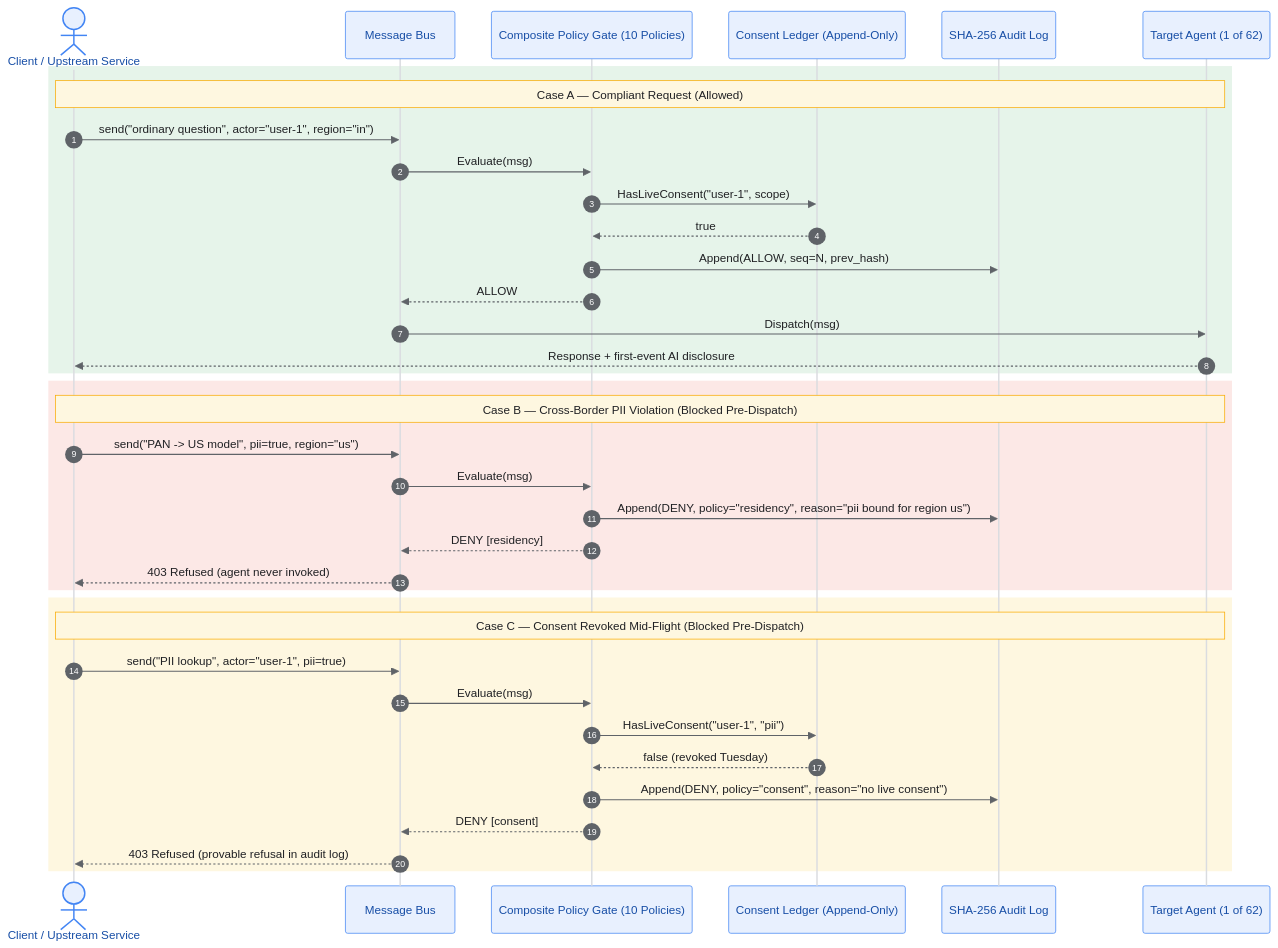
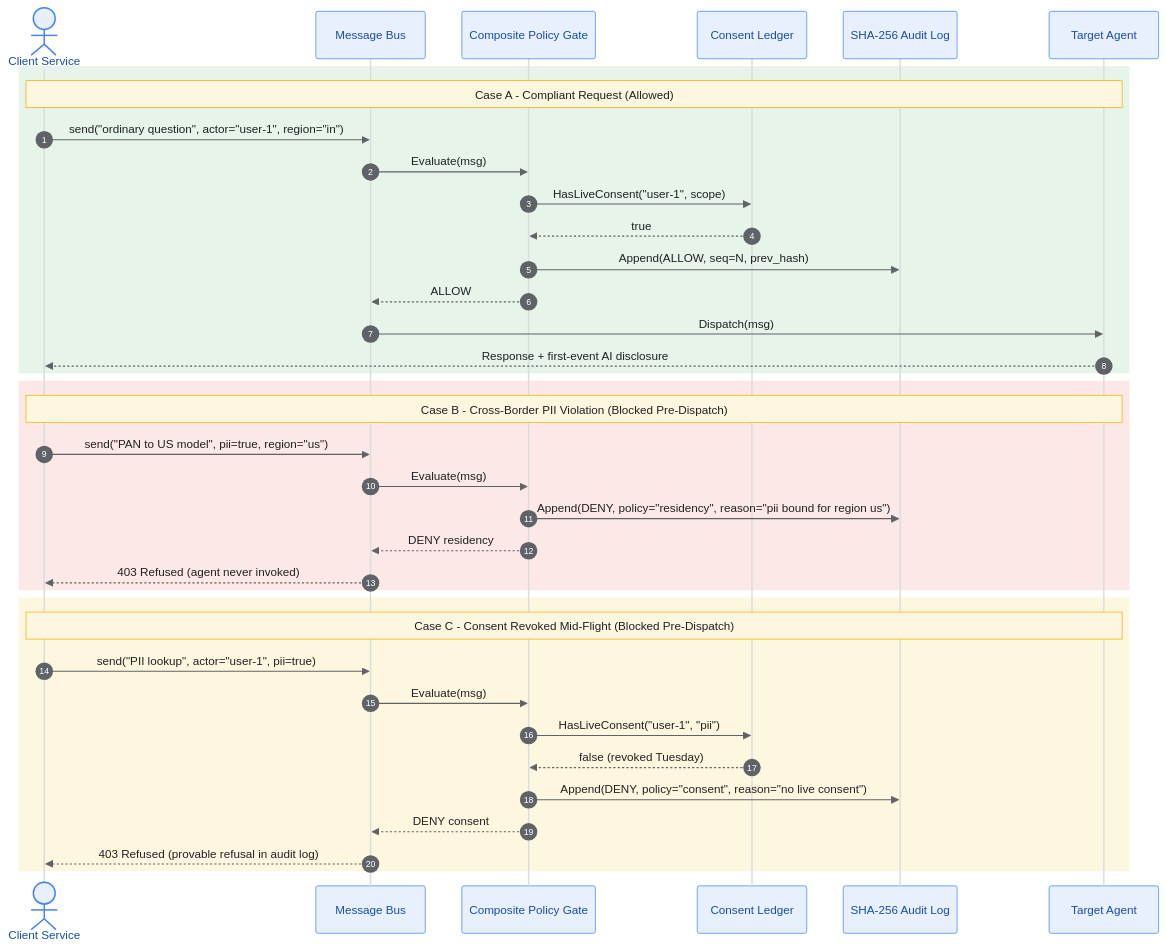
One commit to PratikDhanave/Build-For-RBI-Inherit-The-EU-AI-Act changed the third of 6 diagrams in README.md. Above: the diagram before and after it, drawn with Mermaid. The commit also changed other lines of this file and 8 other files, not shown here.

Commit message:
Fix Mermaid diagram rendering on GitHub, add official RBI FREE-AI PDF link, and fix RFC issue links

````diff
--- a/README.md
+++ b/README.md
@@ -189,64 +165,43 @@
 ```mermaid
-%%{init: {
-  "theme": "base",
-  "themeVariables": {
-    "fontFamily": "Google Sans, Roboto, Helvetica Neue, Arial, sans-serif",
-    "actorFontFamily": "Google Sans, Roboto, sans-serif",
-    "noteFontFamily": "Google Sans, Roboto, sans-serif",
-    "messageFontFamily": "Roboto Mono, ui-monospace, monospace",
-    "messageFontSize": "13px",
-    "actorBkg": "#E8F0FE",
-    "actorBorder": "#4285F4",
-    "actorTextColor": "#174EA6",
-    "actorLineColor": "#DADCE0",
-    "signalColor": "#5F6368",
-    "signalTextColor": "#202124",
-    "noteBkgColor": "#FEF7E0",
-    "noteBorderColor": "#F9AB00",
-    "noteTextColor": "#202124",
-    "activationBkgColor": "#E6F4EA",
-    "activationBorderColor": "#34A853",
-    "sequenceNumberColor": "#FFFFFF"
-  }
-}}%%
+%%{init: {"theme": "base", "themeVariables": {"fontFamily": "Google Sans, Roboto, Helvetica Neue, Arial, sans-serif", "actorFontFamily": "Google Sans, Roboto, sans-serif", "noteFontFamily": "Google Sans, Roboto, sans-serif", "messageFontFamily": "Roboto Mono, ui-monospace, monospace", "messageFontSize": "13px", "actorBkg": "#E8F0FE", "actorBorder": "#4285F4", "actorTextColor": "#174EA6", "actorLineColor": "#DADCE0", "signalColor": "#5F6368", "signalTextColor": "#202124", "noteBkgColor": "#FEF7E0", "noteBorderColor": "#F9AB00", "noteTextColor": "#202124", "activationBkgColor": "#E6F4EA", "activationBorderColor": "#34A853", "sequenceNumberColor": "#FFFFFF"}}}%%
 sequenceDiagram
     autonumber
-    actor Caller as Client / Upstream Service
+    actor Caller as Client Service
     participant Bus as Message Bus
-    participant Gate as Composite Policy Gate (10 Policies)
-    participant Consent as Consent Ledger (Append-Only)
+    participant Gate as Composite Policy Gate
+    participant Consent as Consent Ledger
     participant Audit as SHA-256 Audit Log
-    participant Agent as Target Agent (1 of 62)
+    participant Agent as Target Agent
 
     rect rgb(230, 244, 234)
-    Note over Caller,Agent: Case A — Compliant Request (Allowed)
+    Note over Caller,Agent: Case A - Compliant Request (Allowed)
     Caller->>Bus: send("ordinary question", actor="user-1", region="in")
     Bus->>Gate: Evaluate(msg)
     Gate->>Consent: HasLiveConsent("user-1", scope)
     Consent-->>Gate: true
     Gate->>Audit: Append(ALLOW, seq=N, prev_hash)
     Gate-->>Bus: ALLOW
     Bus->>Agent: Dispatch(msg)
     Agent-->>Caller: Response + first-event AI disclosure
     end
 
     rect rgb(252, 232, 230)
-    Note over Caller,Agent: Case B — Cross-Border PII Violation (Blocked Pre-Dispatch)
-    Caller->>Bus: send("PAN -> US model", pii=true, region="us")
+    Note over Caller,Agent: Case B - Cross-Border PII Violation (Blocked Pre-Dispatch)
+    Caller->>Bus: send("PAN to US model", pii=true, region="us")
     Bus->>Gate: Evaluate(msg)
     Gate->>Audit: Append(DENY, policy="residency", reason="pii bound for region us")
-    Gate-->>Bus: DENY [residency]
+    Gate-->>Bus: DENY residency
     Bus-->>Caller: 403 Refused (agent never invoked)
     end
 
     rect rgb(254, 247, 224)
-    Note over Caller,Agent: Case C — Consent Revoked Mid-Flight (Blocked Pre-Dispatch)
+    Note over Caller,Agent: Case C - Consent Revoked Mid-Flight (Blocked Pre-Dispatch)
     Caller->>Bus: send("PII lookup", actor="user-1", pii=true)
     Bus->>Gate: Evaluate(msg)
     Gate->>Consent: HasLiveConsent("user-1", "pii")
     Consent-->>Gate: false (revoked Tuesday)
     Gate->>Audit: Append(DENY, policy="consent", reason="no live consent")
-    Gate-->>Bus: DENY [consent]
+    Gate-->>Bus: DENY consent
     Bus-->>Caller: 403 Refused (provable refusal in audit log)
     end
 ```
````
